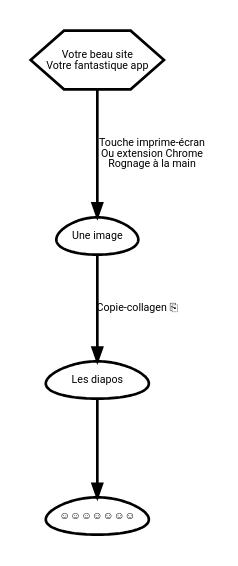
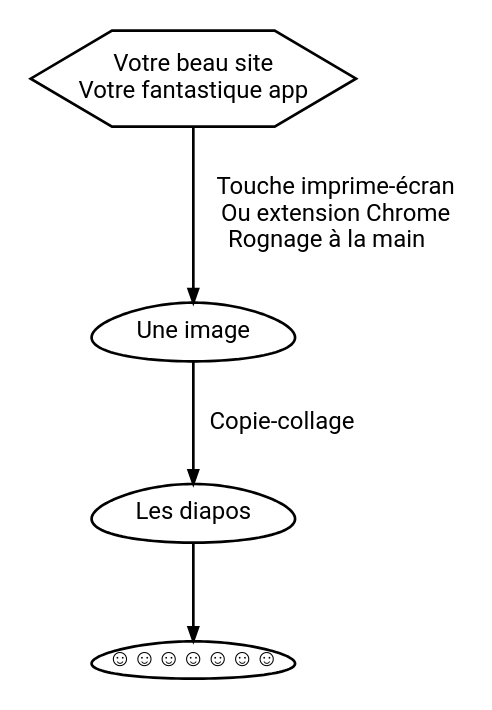
The diagram in poster/approach1.gv (maelle/rr2018), drawn with Graphviz before and after one commit. The commit also changed 9 other files, not shown here.

```diff
--- a/poster/approach1.gv
+++ b/poster/approach1.gv
@@ -1,14 +1,14 @@
 digraph {
   rankdir="TB"
 
   // nodes
-  A [ label="Votre beau site\n Votre fantastique app" shape="hexagon" fontsize = "4" fontname = "Roboto" height = "0.3" width = "0.7" fixedsize = "true"]
-  B [ label="Une image" shape="egg" fontsize = "4" fontname = "Roboto" height = "0.2" width = "0.4" fixedsize = "true"]
-  C [ label="Les diapos" shape="egg" fontsize = "4" fontname = "Roboto" height = "0.2"  width = "0.5" fixedsize = "true"]
-  D [ label="&#9786;&#9786;&#9786;&#9786;&#9786;&#9786;&#9786;" fontsize = "4" fontname = "Roboto" shape = "egg" height = "0.2" width = "0.5" fixedsize = "true"]
+  A [ label="Votre beau site\n Votre fantastique app" shape="hexagon" fontsize = "9" fontname = "Roboto" height = "0.5" width = "1.7" fixedsize = "true"]
+  B [ label="Une image" shape="egg" fontsize = "9" fontname = "Roboto" height = "0.3" width = "1" fixedsize = "true"]
+  C [ label="Les diapos" shape="egg" fontsize = "9" fontname = "Roboto" height = "0.3"  width = "1" fixedsize = "true"]
+  D [ label="&#9786;&#9786;&#9786;&#9786;&#9786;&#9786;&#9786;" fontsize = "9" fontname = "Roboto" shape = "egg" height = "0.2" width = "1" fixedsize = "true"]
 
   // edges
-  A -> B [ label = "Touche imprime-écran\n Ou extension Chrome\n Rognage à la main" fontsize = "4" fontname = "Roboto" arrowsize=.5, weight=.2]
-  B -> C [ label = "Copie-collagen &#9112;" fontsize = "4" fontname = "Roboto"arrowsize=.5, weight=2.]
-  C -> D [ label = "" fontsize = "4" fontname = "Roboto"arrowsize=.5, weight=2.]
+  A -> B [ label = "    Touche imprime-écran\n    Ou extension Chrome\n Rognage à la main" fontsize = "9" fontname = "Roboto" arrowsize=.5, weight=.2]
+  B -> C [ label = "   Copie-collage" fontsize = "9" fontname = "Roboto"arrowsize=.5, weight=2.]
+  C -> D [ label = "" fontsize = "9" fontname = "Roboto"arrowsize=.5, weight=2.]
 }
```
